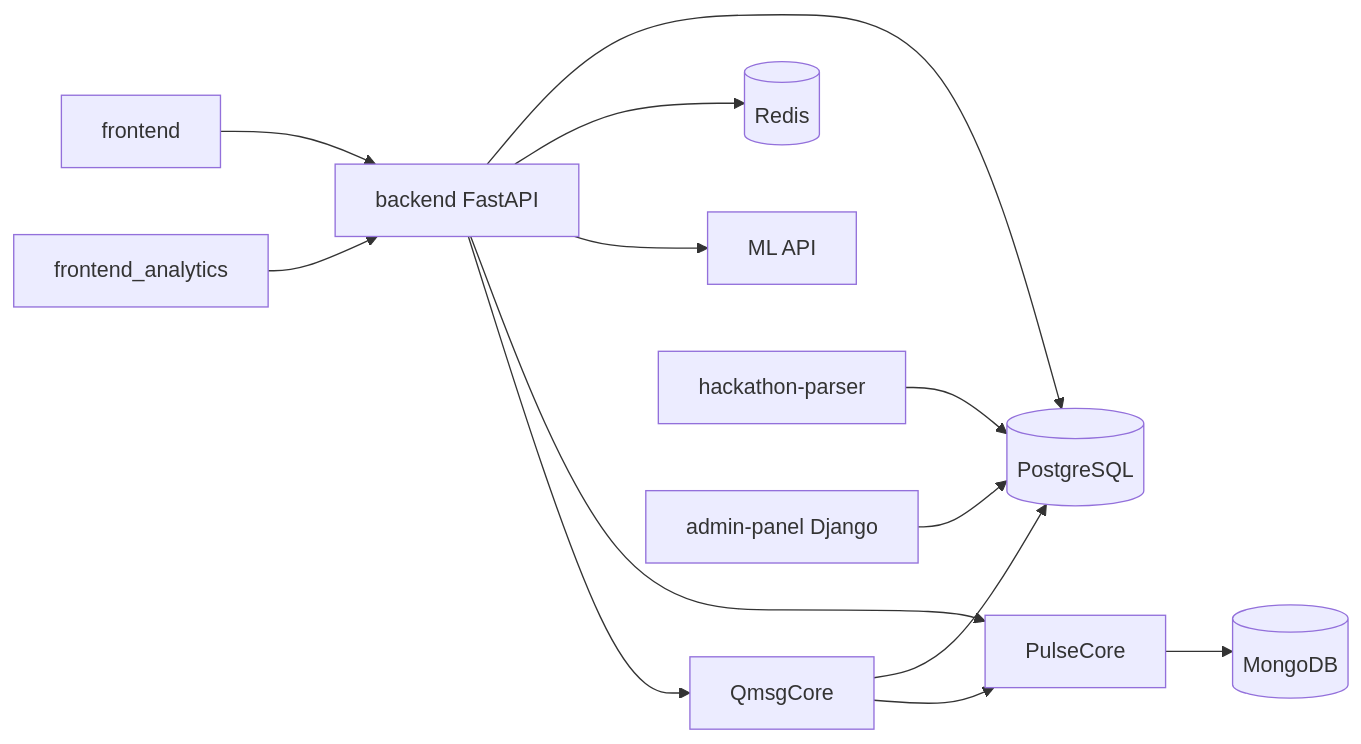
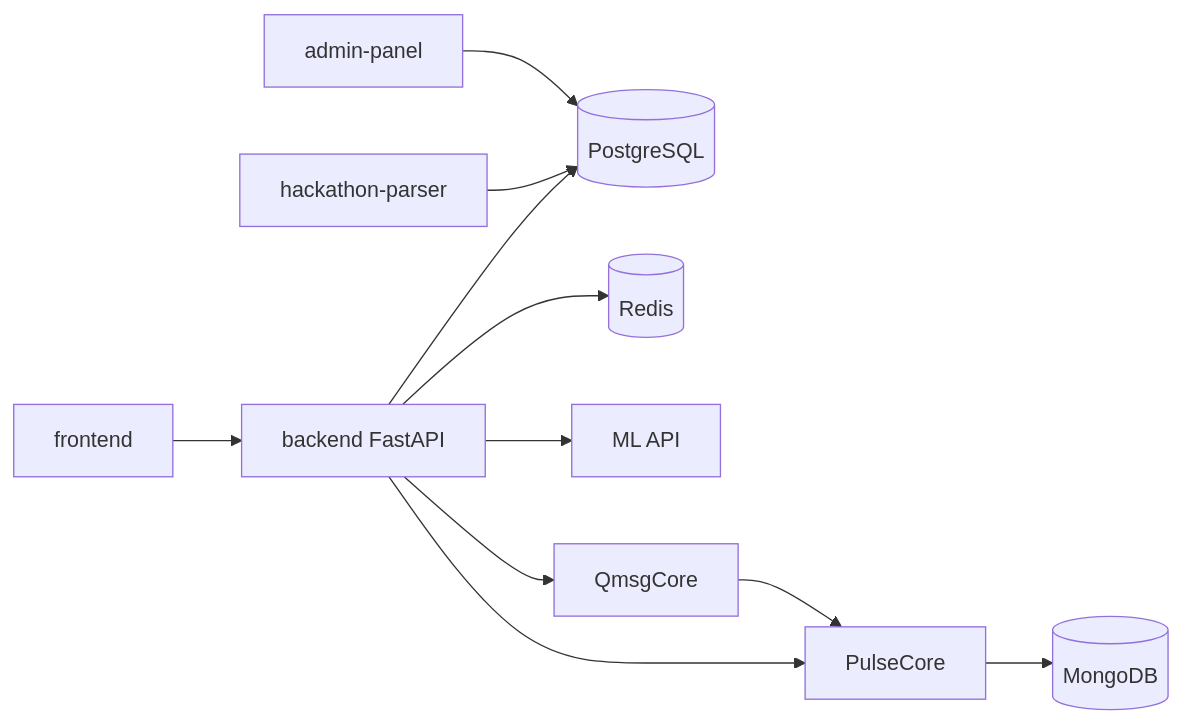
Before and after one commit to ArSerebr/ComIT-ViribusHack: the diagram in README.md, drawn with Mermaid. The commit also changed other lines of this file and 9 other files, not shown here.

````diff
--- a/README.md
+++ b/README.md
@@ -34,18 +20,13 @@
 ```mermaid
 flowchart LR
     F[frontend] --> B[backend FastAPI]
-    FA[frontend_analytics] --> B
-
     B --> PG[(PostgreSQL)]
     B --> R[(Redis)]
     B --> ML[ML API]
     B --> P[PulseCore]
     B --> Q[QmsgCore]
-
     HP[hackathon-parser] --> PG
-    Q --> PG
     Q --> P
     P --> M[(MongoDB)]
-
-    AP[admin-panel Django] --> PG
+    AP[admin-panel] --> PG
 ```
````
